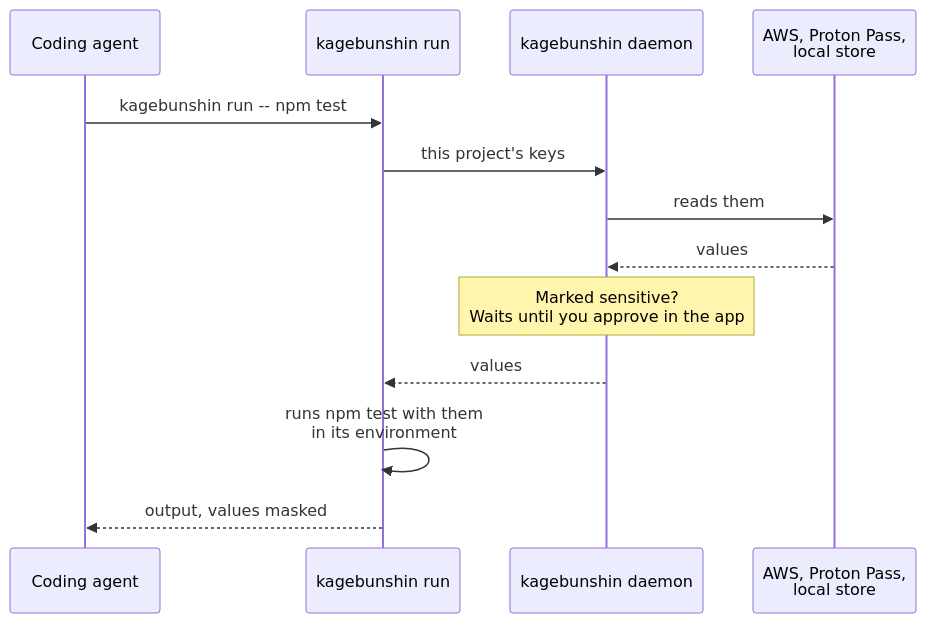
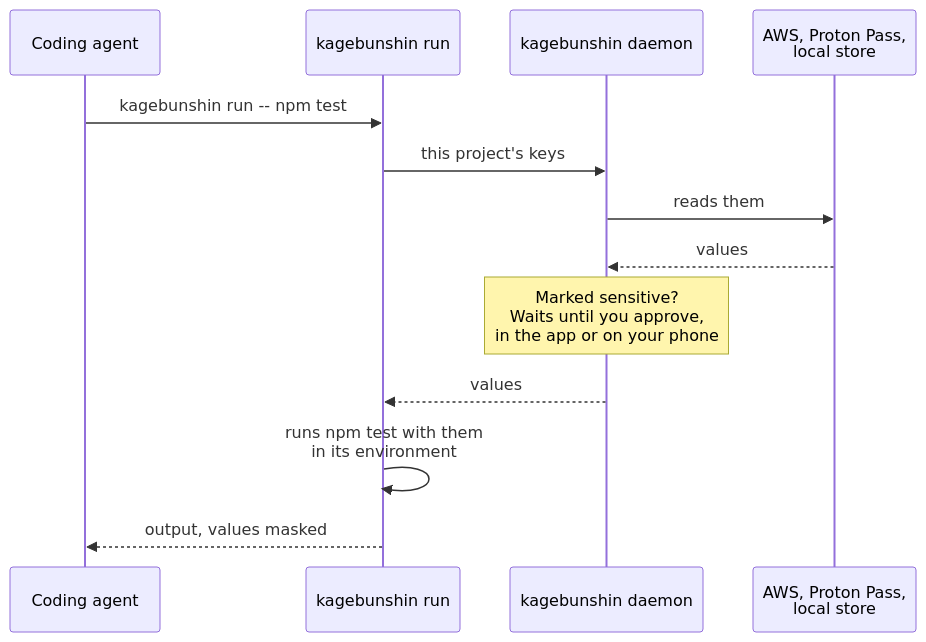
Before and after one commit to oorestisime/kagebunshin: the diagram in README.md, drawn with Mermaid. The commit also changed other lines of this file and 24 other files, not shown here.

````diff
--- a/README.md
+++ b/README.md
@@ -83,15 +83,15 @@
 ```mermaid
 sequenceDiagram
     participant A as Coding agent
     participant R as kagebunshin run
     participant D as kagebunshin daemon
     participant S as AWS, Proton Pass,<br/>local store
     A->>R: kagebunshin run -- npm test
     R->>D: this project's keys
     D->>S: reads them
     S-->>D: values
-    Note over D: Marked sensitive?<br/>Waits until you approve in the app
+    Note over D: Marked sensitive?<br/>Waits until you approve,<br/>in the app or on your phone
     D-->>R: values
     R->>R: runs npm test with them<br/>in its environment
     R-->>A: output, values masked
 ```
````
